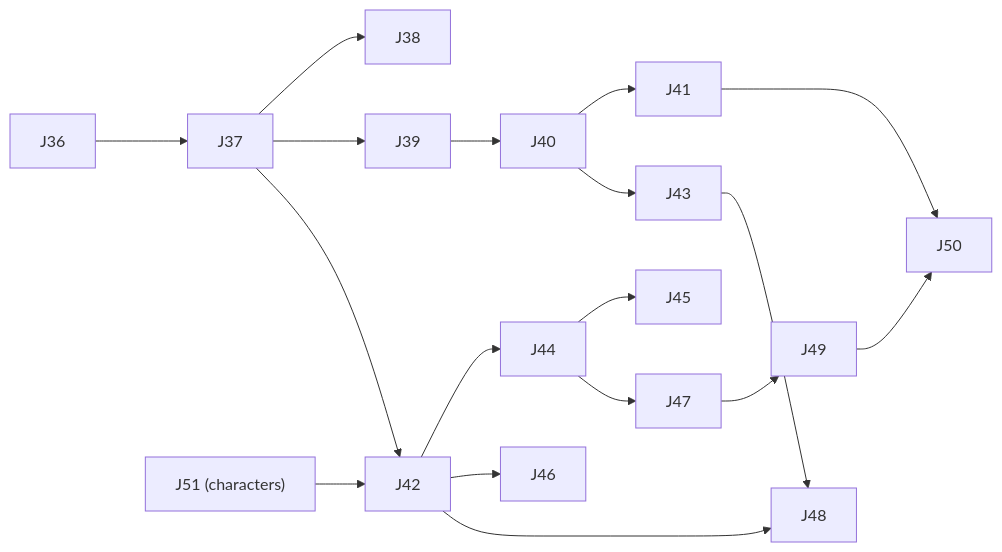
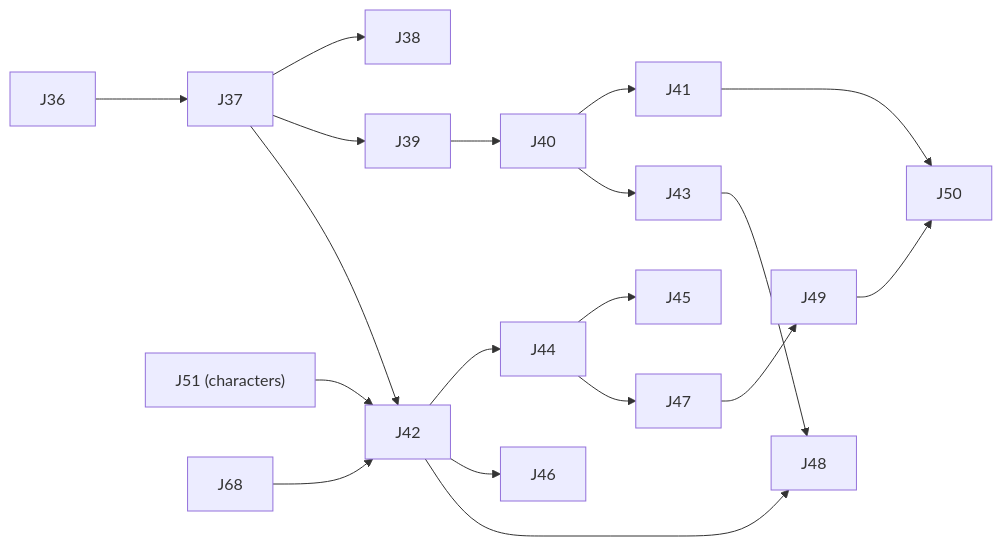
One commit to ivanhawkes/jettison changed the third of 3 diagrams in docs/dense-geometry-and-ray-tracing.md. Above: the diagram before and after it, drawn with Mermaid. The commit also changed other lines of this file and 1 other file, not shown here.

````diff
--- a/docs/dense-geometry-and-ray-tracing.md
+++ b/docs/dense-geometry-and-ray-tracing.md
@@ -440,15 +450,16 @@
 ```mermaid
 flowchart LR
     J36 --> J37
     J37 --> J38
     J37 --> J39 --> J40 --> J41
     J40 --> J43
     J37 --> J42
     J51["J51 (characters)"] --> J42
+    J68 --> J42
     J42 --> J44 --> J45
     J42 --> J46
     J44 --> J47 --> J49 --> J50
     J41 --> J50
     J43 --> J48
     J42 --> J48
 ```
````
